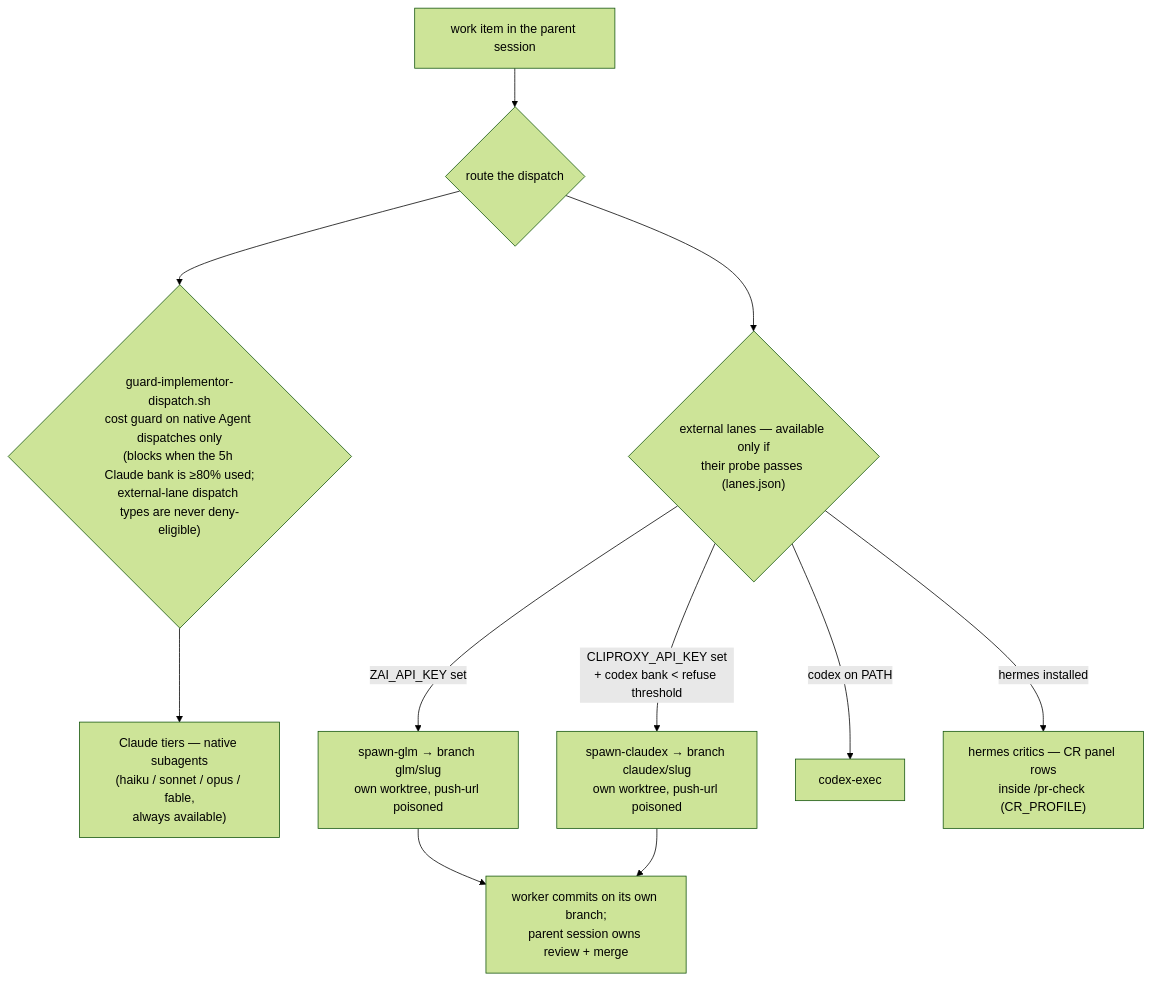
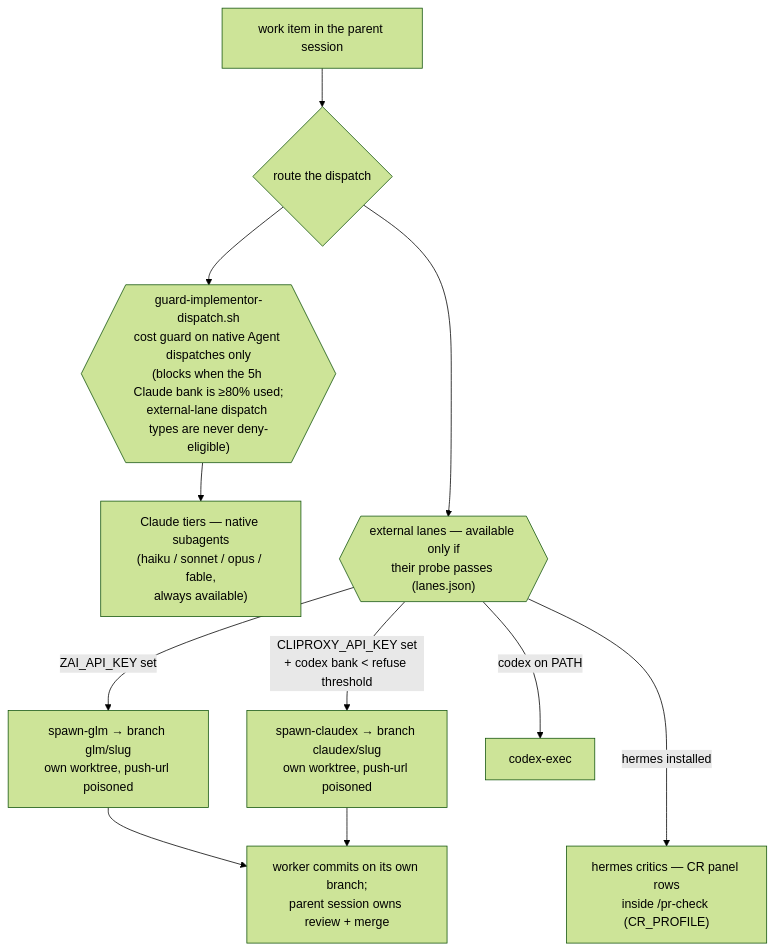
One commit to yotamleo-org/Himmel changed the fourth of 4 diagrams in docs/configuration.md. Above: the diagram before and after it, drawn with Mermaid (forest theme). The commit also changed other lines of this file and 9 other files, not shown here.

````diff
--- a/docs/configuration.md
+++ b/docs/configuration.md
@@ -273,13 +275,15 @@
 ```mermaid
 flowchart TD
     WORK["work item in the parent session"] --> ROUTE{"route the dispatch"}
-    ROUTE --> GUARD{"guard-implementor-dispatch.sh<br/>cost guard on native Agent dispatches only<br/>(blocks when the 5h Claude bank is ≥80% used;<br/>external-lane dispatch types are never deny-eligible)"}
+    ROUTE --> GUARD{{"guard-implementor-dispatch.sh<br/>cost guard on native Agent dispatches only<br/>(blocks when the 5h Claude bank is ≥80% used;<br/>external-lane dispatch types are never deny-eligible)"}}
     GUARD --> TIER["Claude tiers — native subagents<br/>(haiku / sonnet / opus / fable,<br/>always available)"]
-    ROUTE --> EXT{"external lanes — available only if<br/>their probe passes (lanes.json)"}
+    ROUTE --> EXT{{"external lanes — available only if<br/>their probe passes (lanes.json)"}}
     EXT -->|"ZAI_API_KEY set"| GLM["spawn-glm → branch glm/slug<br/>own worktree, push-url poisoned"]
     EXT -->|"CLIPROXY_API_KEY set<br/>+ codex bank < refuse threshold"| CLX["spawn-claudex → branch claudex/slug<br/>own worktree, push-url poisoned"]
     EXT -->|"codex on PATH"| CDX["codex-exec"]
     EXT -->|"hermes installed"| HRM["hermes critics — CR panel rows<br/>inside /pr-check (CR_PROFILE)"]
+    CDX ~~~ HRM
+    GUARD ~~~ EXT
     GLM --> BACK["worker commits on its own branch;<br/>parent session owns review + merge"]
     CLX --> BACK
 ```
````
